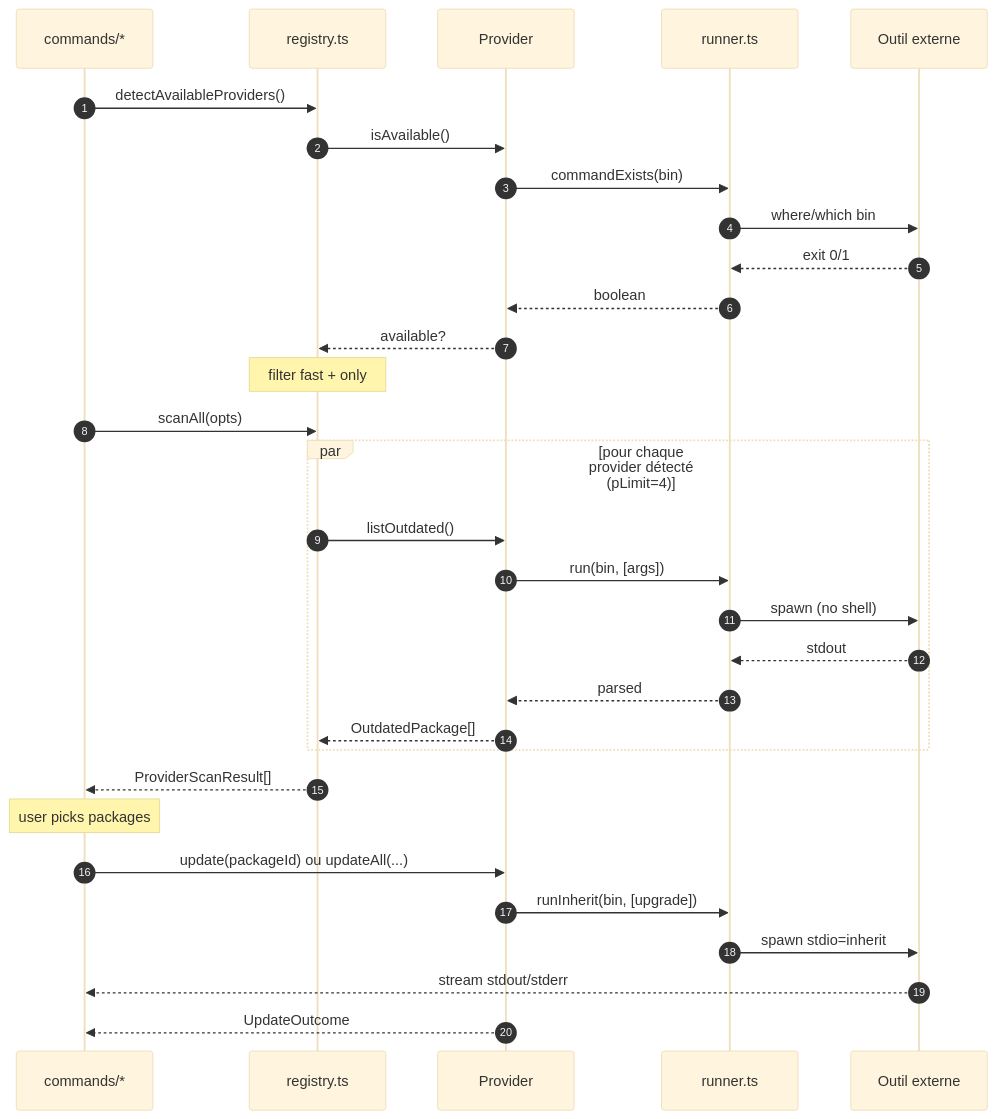
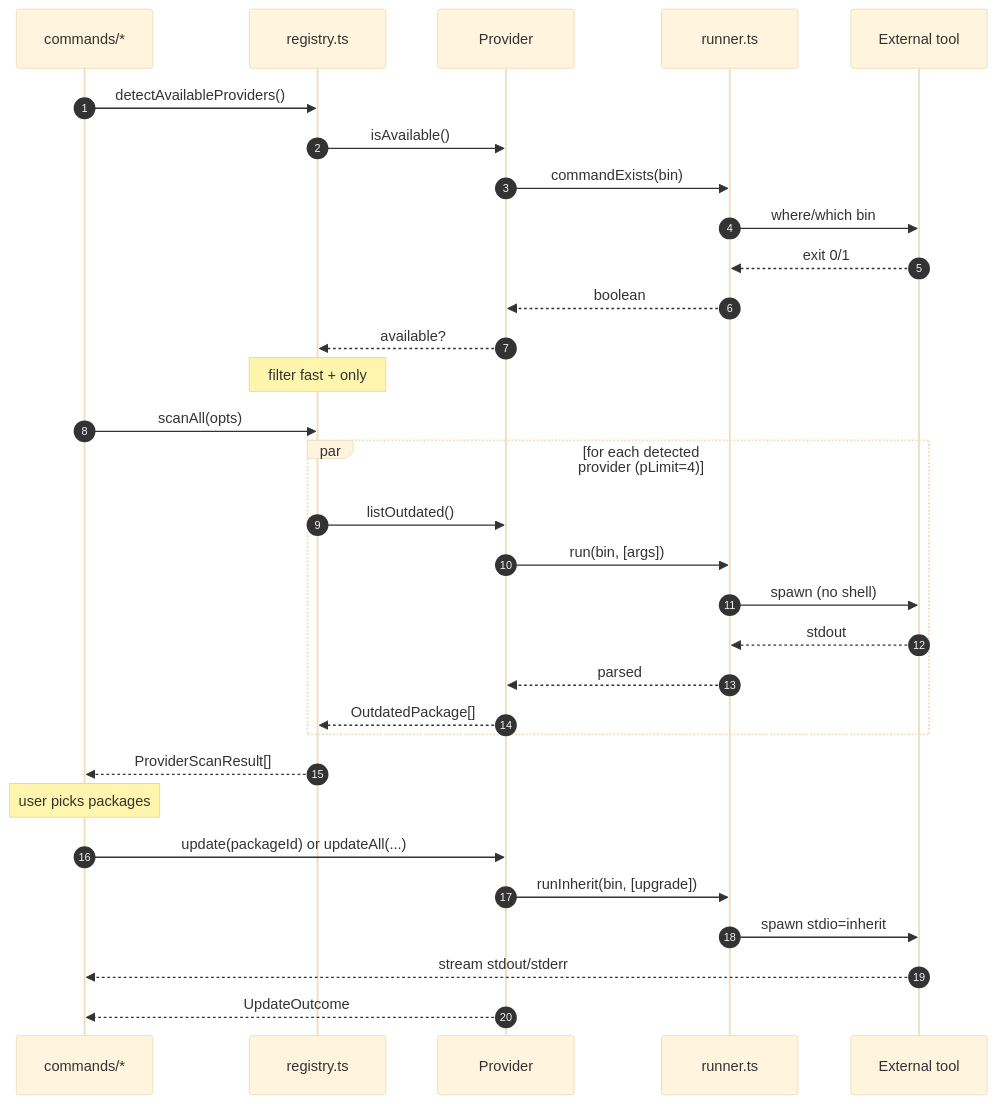
One commit to LINDECKER-Charles/gup changed the fourth of 9 diagrams in docs/architecture.md. Above: the diagram before and after it, drawn with Mermaid (base theme). The commit also changed other lines of this file and 5 other files, not shown here.

````diff
--- a/docs/architecture.md
+++ b/docs/architecture.md
@@ -181,38 +181,38 @@
 ```mermaid
 sequenceDiagram
     autonumber
     participant CLI as commands/*
     participant Reg as registry.ts
     participant P as Provider
     participant Run as runner.ts
-    participant Bin as Outil externe
+    participant Bin as External tool
 
     CLI->>Reg: detectAvailableProviders()
     Reg->>P: isAvailable()
     P->>Run: commandExists(bin)
     Run->>Bin: where/which bin
     Bin-->>Run: exit 0/1
     Run-->>P: boolean
     P-->>Reg: available?
 
     Note over Reg: filter fast + only
 
     CLI->>Reg: scanAll(opts)
-    par pour chaque provider détecté (pLimit=4)
+    par for each detected provider (pLimit=4)
         Reg->>P: listOutdated()
         P->>Run: run(bin, [args])
         Run->>Bin: spawn (no shell)
         Bin-->>Run: stdout
         Run-->>P: parsed
         P-->>Reg: OutdatedPackage[]
     end
     Reg-->>CLI: ProviderScanResult[]
 
     Note over CLI: user picks packages
 
-    CLI->>P: update(packageId) ou updateAll(...)
+    CLI->>P: update(packageId) or updateAll(...)
     P->>Run: runInherit(bin, [upgrade])
     Run->>Bin: spawn stdio=inherit
     Bin-->>CLI: stream stdout/stderr
     P-->>CLI: UpdateOutcome
 ```
````
